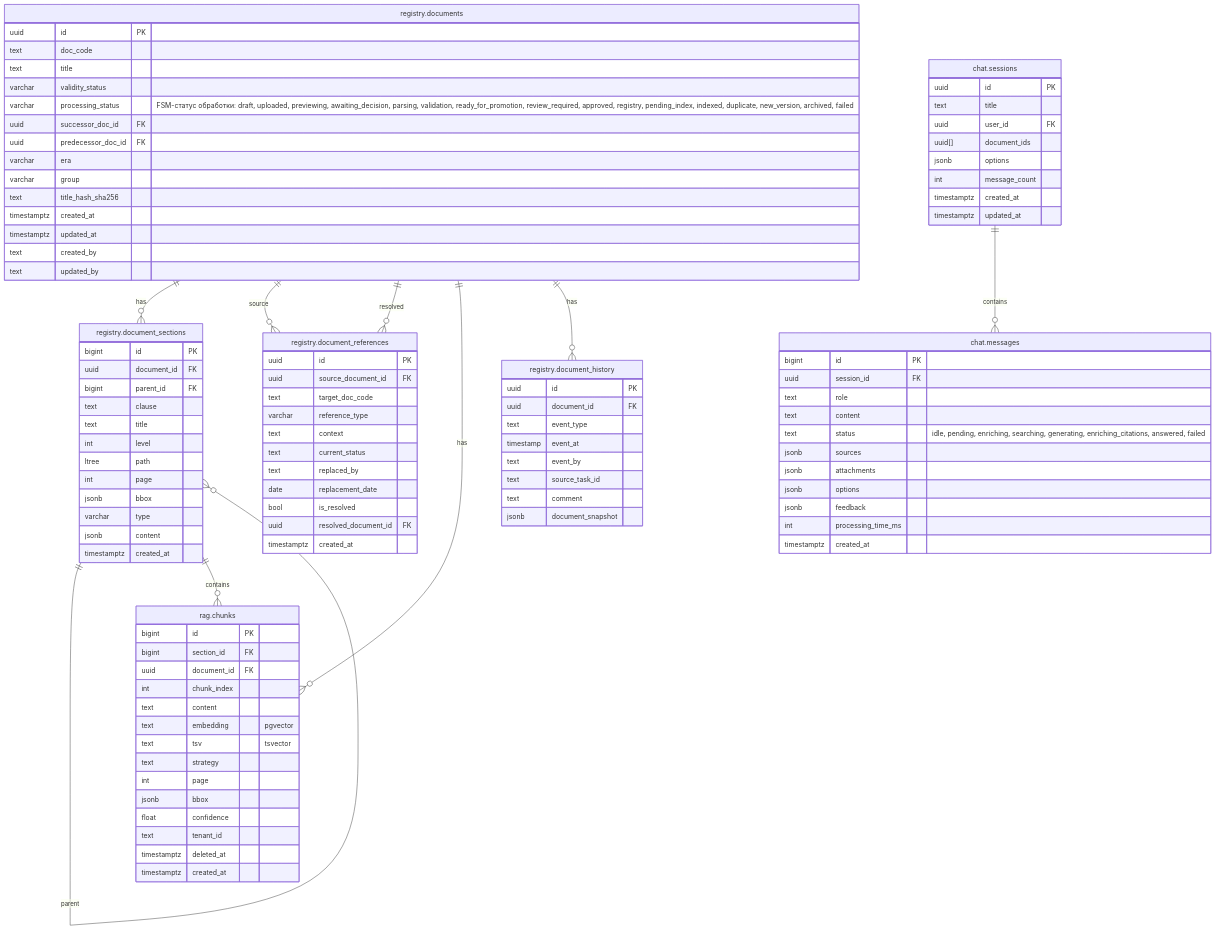
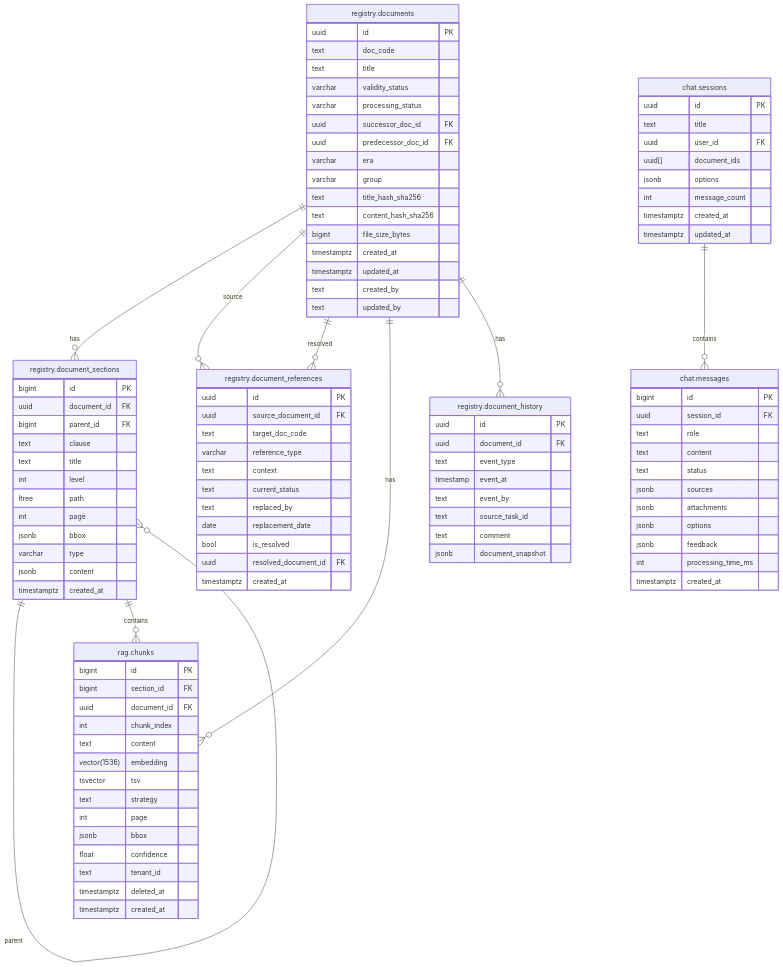
Before and after one commit to MasterKSAF/PKB: the diagram in docs/db_diagrams.md, drawn with Mermaid. The commit also changed other lines of this file and 12 other files, not shown here.

```diff
--- a/docs/db_diagrams.md
+++ b/docs/db_diagrams.md
@@ -13,12 +13,14 @@
         text doc_code
         text title
         varchar validity_status
-        varchar processing_status "FSM-статус обработки: draft, uploaded, previewing, awaiting_decision, parsing, validation, ready_for_promotion, review_required, approved, registry, pending_index, indexed, duplicate, new_version, archived, failed"
+        varchar processing_status
         uuid successor_doc_id FK
         uuid predecessor_doc_id FK
         varchar era
         varchar group
         text title_hash_sha256
+        text content_hash_sha256
+        bigint file_size_bytes
         timestamptz created_at
         timestamptz updated_at
         text created_by
@@ -46,8 +48,8 @@
         uuid document_id FK
         int chunk_index
         text content
-        text embedding "pgvector"
-        text tsv "tsvector"
+        vector(1536) embedding
+        tsvector tsv
         text strategy
         int page
         jsonb bbox
@@ -98,7 +100,7 @@
         uuid session_id FK
         text role
         text content
-        text status "idle, pending, enriching, searching, generating, enriching_citations, answered, failed"
+        text status
         jsonb sources
         jsonb attachments
         jsonb options
```
